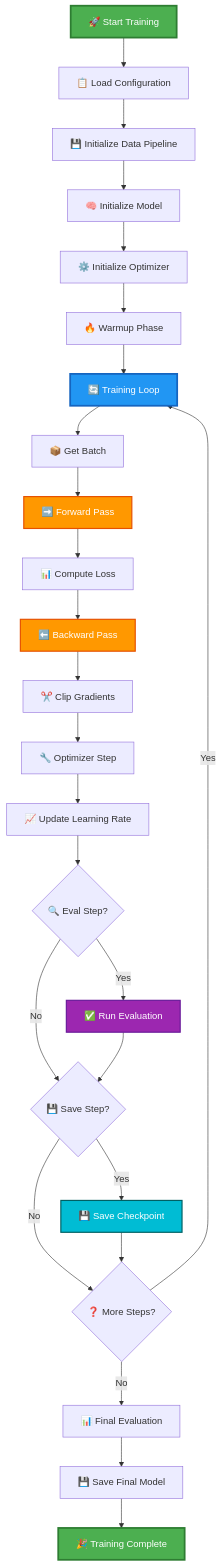
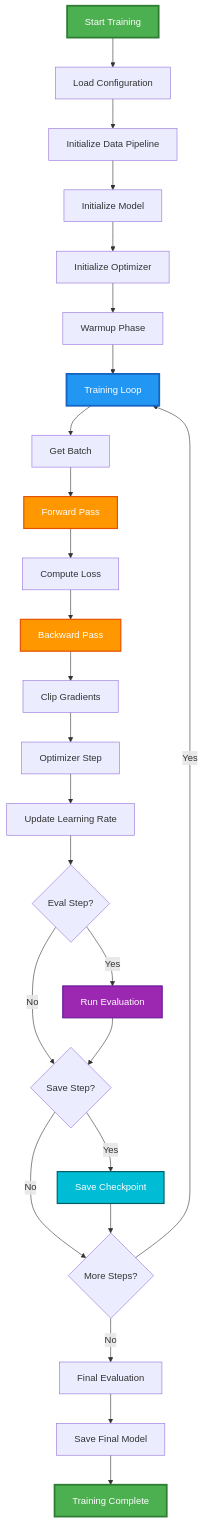
The first of 23 diagrams in code/docs/FLOWCHARTS_VISUAL.md (Pizzaman213/Ava_AI), drawn with Mermaid before and after one commit. The commit also changed other lines of this file and 215 other files, not shown here.

````diff
--- a/code/docs/FLOWCHARTS_VISUAL.md
+++ b/code/docs/FLOWCHARTS_VISUAL.md
@@ -11,39 +11,39 @@
 ```mermaid
 graph TD
-    A[🚀 Start Training] --> B[📋 Load Configuration]
-    B --> C[💾 Initialize Data Pipeline]
-    C --> D[🧠 Initialize Model]
-    D --> E[⚙️ Initialize Optimizer]
-    E --> F[🔥 Warmup Phase]
-    F --> G[🔄 Training Loop]
+    A[ Start Training] --> B[ Load Configuration]
+    B --> C[ Initialize Data Pipeline]
+    C --> D[ Initialize Model]
+    D --> E[ Initialize Optimizer]
+    E --> F[ Warmup Phase]
+    F --> G[ Training Loop]
 
-    G --> H[📦 Get Batch]
-    H --> I[➡️ Forward Pass]
-    I --> J[📊 Compute Loss]
-    J --> K[⬅️ Backward Pass]
-    K --> L[✂️ Clip Gradients]
-    L --> M[🔧 Optimizer Step]
-    M --> N[📈 Update Learning Rate]
+    G --> H[ Get Batch]
+    H --> I[ Forward Pass]
+    I --> J[ Compute Loss]
+    J --> K[ Backward Pass]
+    K --> L[ Clip Gradients]
+    L --> M[ Optimizer Step]
+    M --> N[ Update Learning Rate]
 
-    N --> O{🔍 Eval Step?}
-    O -->|Yes| P[✅ Run Evaluation]
-    O -->|No| Q{💾 Save Step?}
+    N --> O{ Eval Step?}
+    O -->|Yes| P[ Run Evaluation]
+    O -->|No| Q{ Save Step?}
     P --> Q
 
-    Q -->|Yes| R[💾 Save Checkpoint]
-    Q -->|No| S{❓ More Steps?}
+    Q -->|Yes| R[ Save Checkpoint]
+    Q -->|No| S{ More Steps?}
     R --> S
 
     S -->|Yes| G
-    S -->|No| T[📊 Final Evaluation]
-    T --> U[💾 Save Final Model]
-    U --> V[🎉 Training Complete]
+    S -->|No| T[ Final Evaluation]
+    T --> U[ Save Final Model]
+    U --> V[ Training Complete]
 
     style A fill:#4CAF50,stroke:#2E7D32,stroke-width:3px,color:#fff
     style V fill:#4CAF50,stroke:#2E7D32,stroke-width:3px,color:#fff
     style G fill:#2196F3,stroke:#1565C0,stroke-width:3px,color:#fff
     style I fill:#FF9800,stroke:#E65100,stroke-width:2px,color:#fff
     style K fill:#FF9800,stroke:#E65100,stroke-width:2px,color:#fff
     style P fill:#9C27B0,stroke:#6A1B9A,stroke-width:2px,color:#fff
     style R fill:#00BCD4,stroke:#006064,stroke-width:2px,color:#fff
 ```
````
